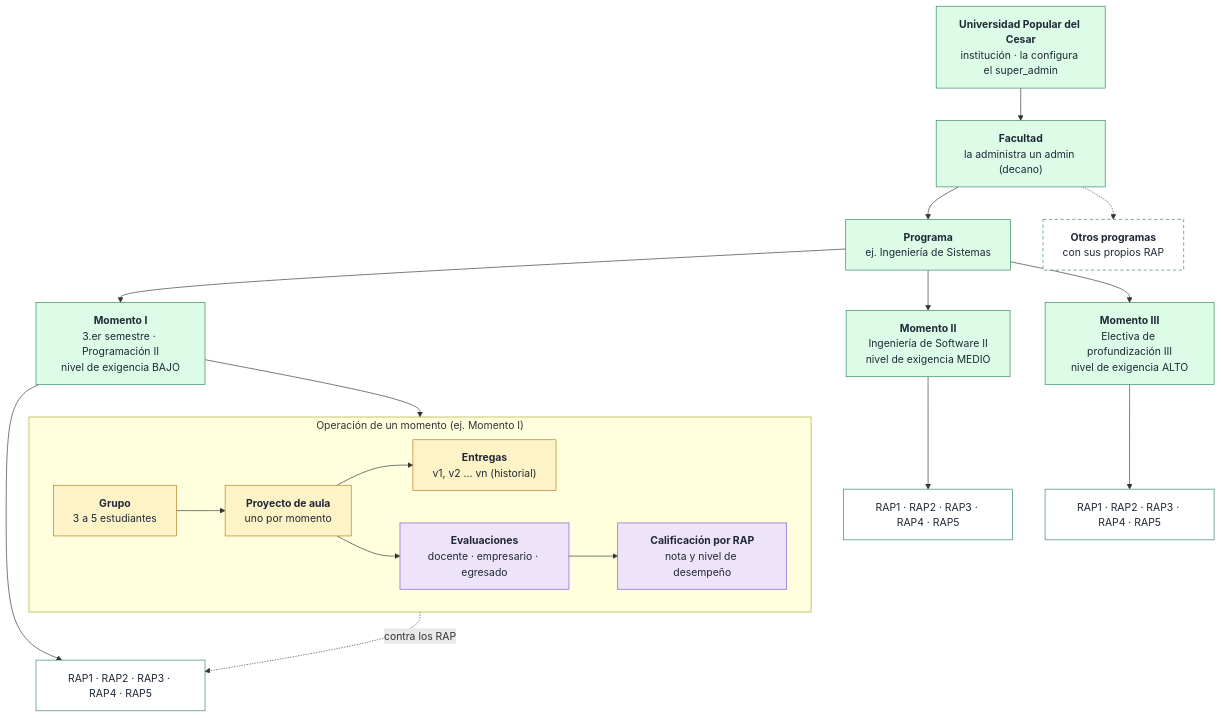
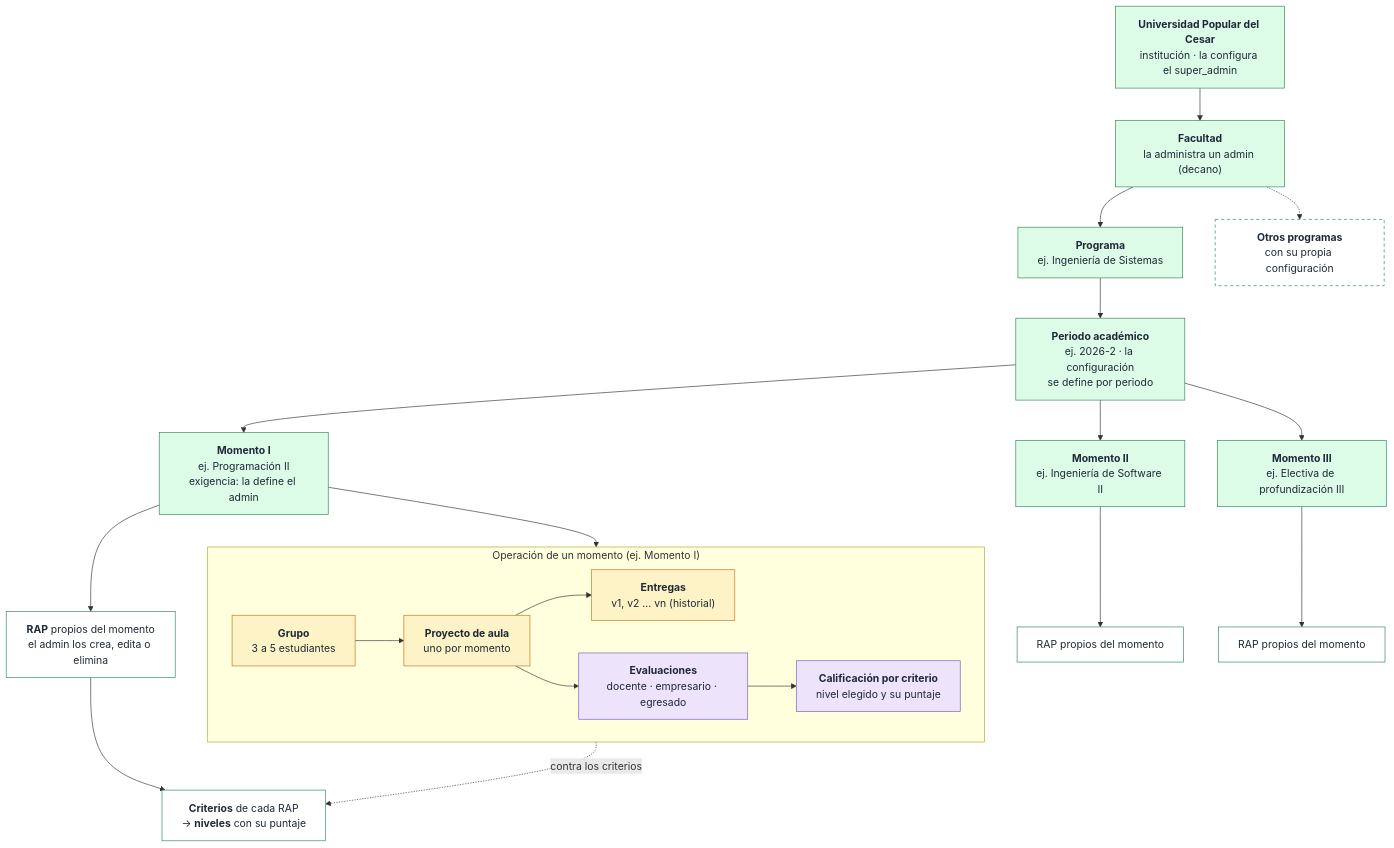
Before and after one commit to Oskarsito7/SIERAP: the fourth of 6 diagrams in docs/diagramas/diagrama_jerarquias.md, drawn with Mermaid. The commit also changed other lines of this file and 6 other files, not shown here.

First line of the commit message:
docs: decisiones del modelo para la Etapa 1 (JOINED, configuracion por periodo)

````diff
--- a/docs/diagramas/diagrama_jerarquias.md
+++ b/docs/diagramas/diagrama_jerarquias.md
@@ -117,41 +118,43 @@
 ```mermaid
 flowchart TD
   UPC["<b>Universidad Popular del Cesar</b><br/>institución · la configura el super_admin"]
   FAC["<b>Facultad</b><br/>la administra un admin (decano)"]
   PROG["<b>Programa</b><br/>ej. Ingeniería de Sistemas"]
-  OTROS["<b>Otros programas</b><br/>con sus propios RAP"]
-  M1["<b>Momento I</b><br/>3.er semestre · Programación II<br/>nivel de exigencia BAJO"]
-  M2["<b>Momento II</b><br/>Ingeniería de Software II<br/>nivel de exigencia MEDIO"]
-  M3["<b>Momento III</b><br/>Electiva de profundización III<br/>nivel de exigencia ALTO"]
-  R1["RAP1 · RAP2 · RAP3 · RAP4 · RAP5"]
-  R2["RAP1 · RAP2 · RAP3 · RAP4 · RAP5"]
-  R3["RAP1 · RAP2 · RAP3 · RAP4 · RAP5"]
+  OTROS["<b>Otros programas</b><br/>con su propia configuración"]
+  PER["<b>Periodo académico</b><br/>ej. 2026-2 · la configuración<br/>se define por periodo"]
+  M1["<b>Momento I</b><br/>ej. Programación II<br/>exigencia: la define el admin"]
+  M2["<b>Momento II</b><br/>ej. Ingeniería de Software II"]
+  M3["<b>Momento III</b><br/>ej. Electiva de profundización III"]
+  R1["<b>RAP</b> propios del momento<br/>el admin los crea, edita o elimina"]
+  R2["RAP propios del momento"]
+  R3["RAP propios del momento"]
+  CRI["<b>Criterios</b> de cada RAP<br/>→ <b>niveles</b> con su puntaje"]
 
-  UPC --> FAC --> PROG
+  UPC --> FAC --> PROG --> PER
   FAC -.-> OTROS
-  PROG --> M1 & M2 & M3
-  M1 --> R1
+  PER --> M1 & M2 & M3
+  M1 --> R1 --> CRI
   M2 --> R2
   M3 --> R3
 
   subgraph OP["Operación de un momento (ej. Momento I)"]
     direction LR
     GRP["<b>Grupo</b><br/>3 a 5 estudiantes"] --> PA["<b>Proyecto de aula</b><br/>uno por momento"]
     PA --> ENT["<b>Entregas</b><br/>v1, v2 … vn (historial)"]
     PA --> EV["<b>Evaluaciones</b><br/>docente · empresario · egresado"]
-    EV --> CAL["<b>Calificación por RAP</b><br/>nota y nivel de desempeño"]
+    EV --> CAL["<b>Calificación por criterio</b><br/>nivel elegido y su puntaje"]
   end
   M1 --> GRP
-  CAL -. contra los RAP .-> R1
+  CAL -. contra los criterios .-> CRI
 
   classDef acad fill:#DCFCE7,stroke:#2F855A,color:#1F2937
   classDef oper fill:#FEF3C7,stroke:#B7791F,color:#1F2937
   classDef eval fill:#EDE4FB,stroke:#7E57C2,color:#1F2937
   classDef rap fill:#FFFFFF,stroke:#2F855A,color:#1F2937
   classDef otro fill:#FFFFFF,stroke:#2F855A,color:#1F2937,stroke-dasharray:5 4
-  class UPC,FAC,PROG,M1,M2,M3 acad
-  class R1,R2,R3 rap
+  class UPC,FAC,PROG,PER,M1,M2,M3 acad
+  class R1,R2,R3,CRI rap
   class OTROS otro
   class GRP,PA,ENT oper
   class EV,CAL eval
 ```
````
